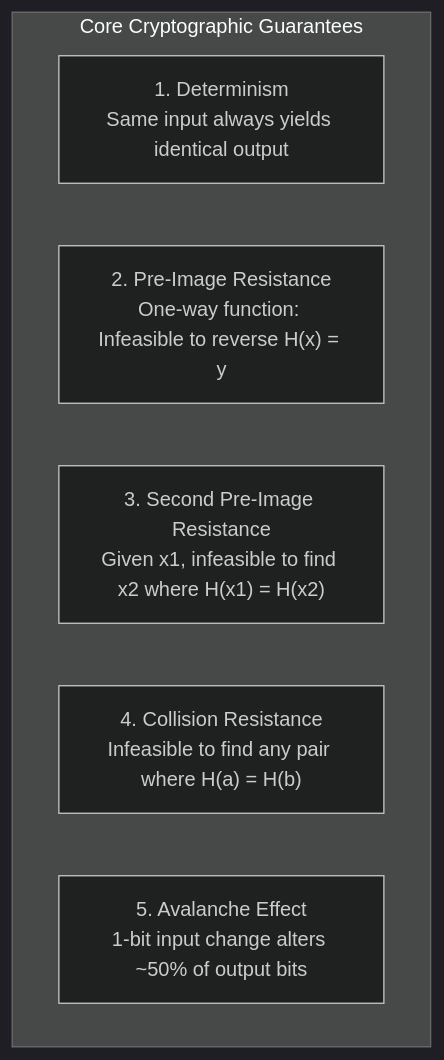
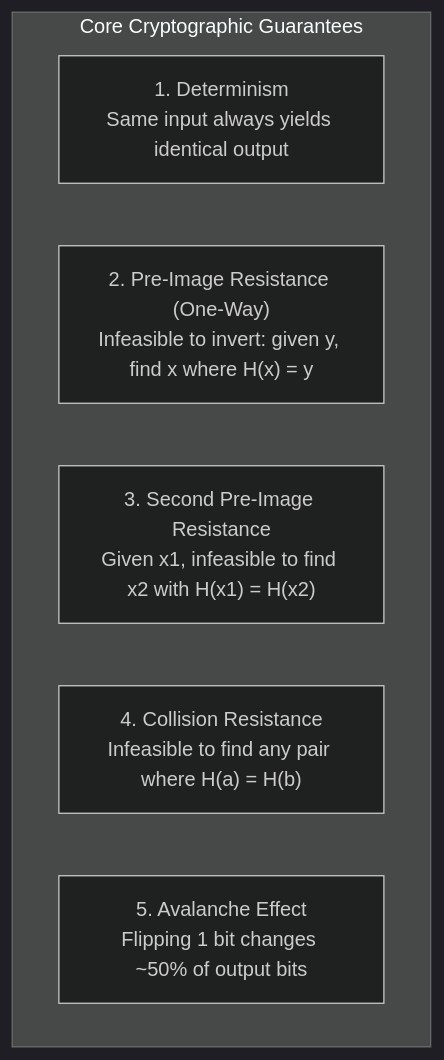
The second of 6 diagrams in docs/learn/fundamentals/01-distributed-trust/02-cryptographic-hash-functions-and-merkle-trees.md (ub-society/modules), drawn with Mermaid (dark theme) before and after one commit. The commit also changed other lines of this file and 1 other file, not shown here.

````diff
--- a/docs/learn/fundamentals/01-distributed-trust/02-cryptographic-hash-functions-and-merkle-trees.md
+++ b/docs/learn/fundamentals/01-distributed-trust/02-cryptographic-hash-functions-and-merkle-trees.md
@@ -39,10 +39,10 @@
 ```mermaid
 flowchart TD
     subgraph Core Cryptographic Guarantees
         P1["1. Determinism<br/>Same input always yields identical output"]
-        P2["2. Pre-Image Resistance<br/>One-way function: Infeasible to reverse H(x) = y"]
-        P3["3. Second Pre-Image Resistance<br/>Given x1, infeasible to find x2 where H(x1) = H(x2)"]
+        P2["2. Pre-Image Resistance (One-Way)<br/>Infeasible to invert: given y, find x where H(x) = y"]
+        P3["3. Second Pre-Image Resistance<br/>Given x1, infeasible to find x2 with H(x1) = H(x2)"]
         P4["4. Collision Resistance<br/>Infeasible to find any pair where H(a) = H(b)"]
-        P5["5. Avalanche Effect<br/>1-bit input change alters ~50% of output bits"]
+        P5["5. Avalanche Effect<br/>Flipping 1 bit changes ~50% of output bits"]
     end
 ```
````
